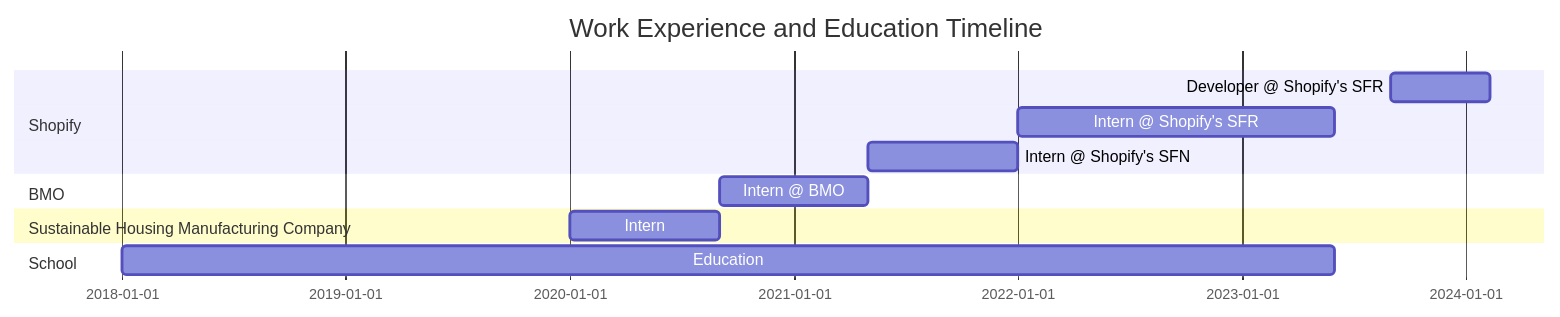
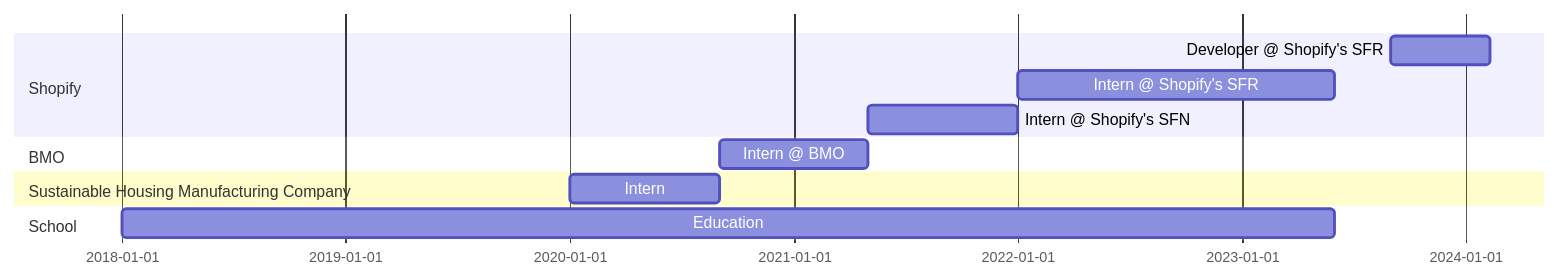
Before and after one commit to trevor-clarke/trevor-clarke: the diagram in README.md, drawn with Mermaid.

````diff
--- a/README.md
+++ b/README.md
@@ -17,19 +17,18 @@
 ```mermaid
 gantt
     dateFormat  YYYY-MM-DD
-    title Work Experience and Education Timeline
 
     section Shopify
     Developer @ Shopify's SFR :a1, 2023-09-01, 2024-02-09
     Intern @ Shopify's SFR    :after a1, 2022-01-01, 2023-05-31
     Intern @ Shopify's SFN :2021-05-01, 2021-12-31
 
     section BMO
     Intern @ BMO    :2020-09-01, 2021-04-30
 
     section Sustainable Housing Manufacturing Company
     Intern    :2020-01-01, 2020-08-31
 
     section School
     Education :2018-01-01, 2023-05-31
 ```
````
